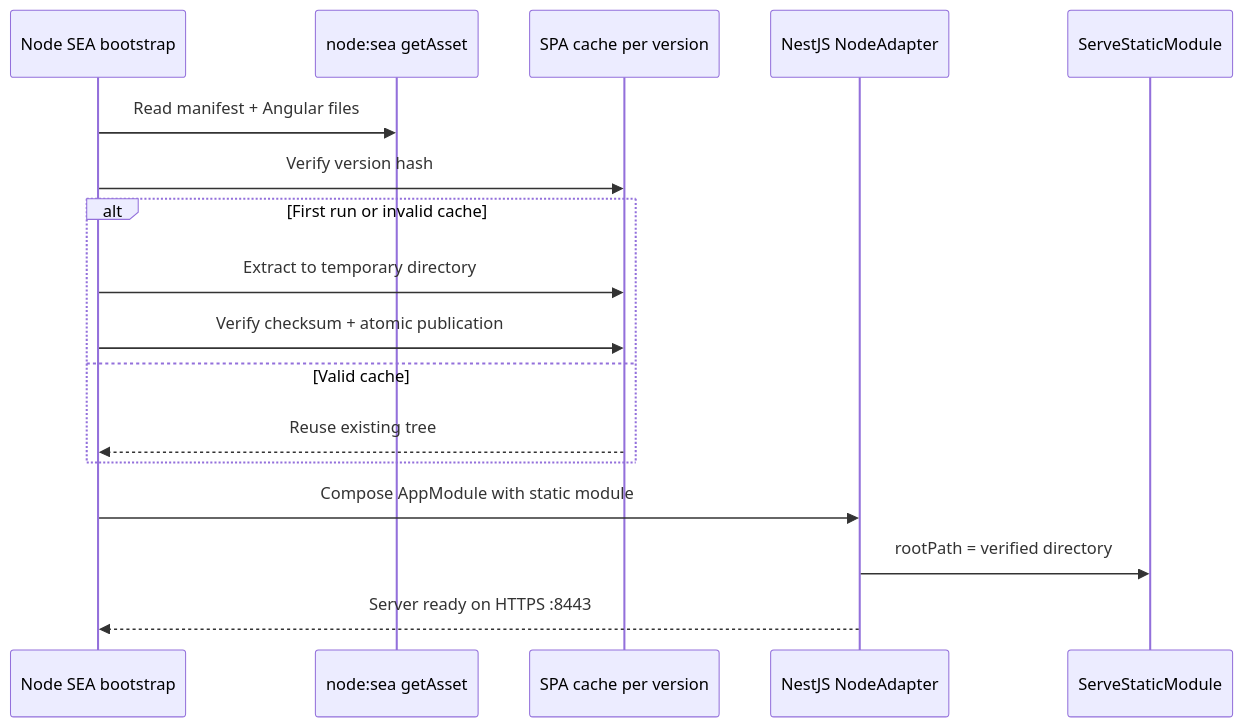
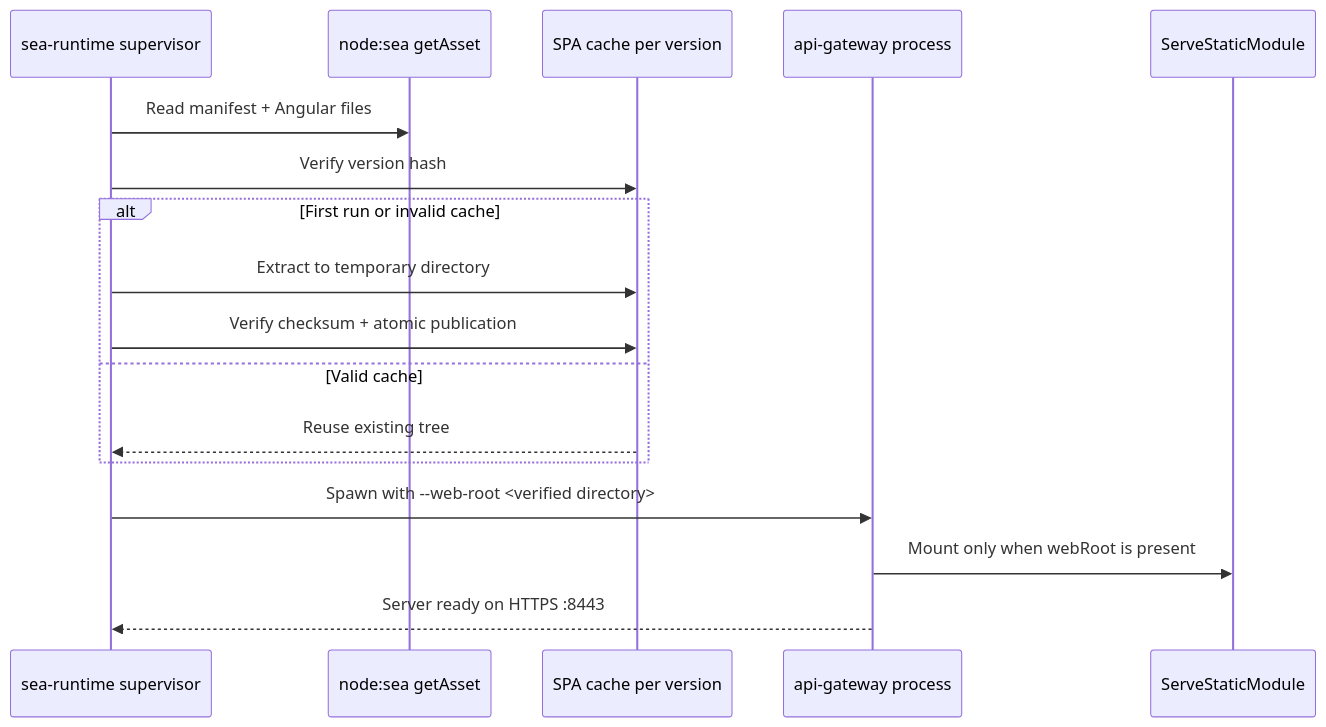
One commit to virgenherrera/lan-solution-template changed the third of 7 diagrams in docs/requirements/06-web-gateway-https-pwa.md. Above: the diagram before and after it, drawn with Mermaid. The commit also changed other lines of this file and 61 other files, not shown here.

Commit message:
feat: Angular app served from the SEA sidecar (POC-1d, SPA spike, audit fix) (#5)

````diff
--- a/docs/requirements/06-web-gateway-https-pwa.md
+++ b/docs/requirements/06-web-gateway-https-pwa.md
@@ -108,19 +112,19 @@
 ```mermaid
 sequenceDiagram
-    participant SEA as Node SEA bootstrap
+    participant SEA as sea-runtime supervisor
     participant Assets as node:sea getAsset
     participant Cache as SPA cache per version
-    participant Nest as NestJS NodeAdapter
+    participant Gateway as api-gateway process
     participant Static as ServeStaticModule
     SEA->>Assets: Read manifest + Angular files
     SEA->>Cache: Verify version hash
     alt First run or invalid cache
       SEA->>Cache: Extract to temporary directory
       SEA->>Cache: Verify checksum + atomic publication
     else Valid cache
       Cache-->>SEA: Reuse existing tree
     end
-    SEA->>Nest: Compose AppModule with static module
-    Nest->>Static: rootPath = verified directory
-    Nest-->>SEA: Server ready on HTTPS :8443
+    SEA->>Gateway: Spawn with --web-root <verified directory>
+    Gateway->>Static: Mount only when webRoot is present
+    Gateway-->>SEA: Server ready on HTTPS :8443
 ```
````
